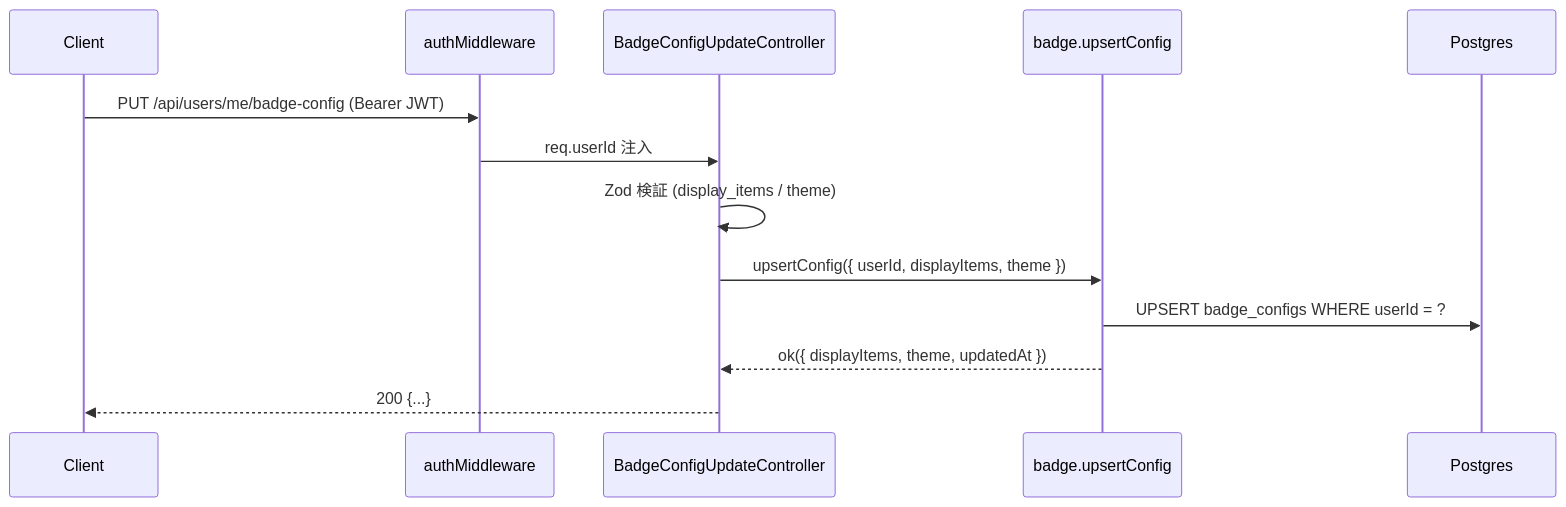
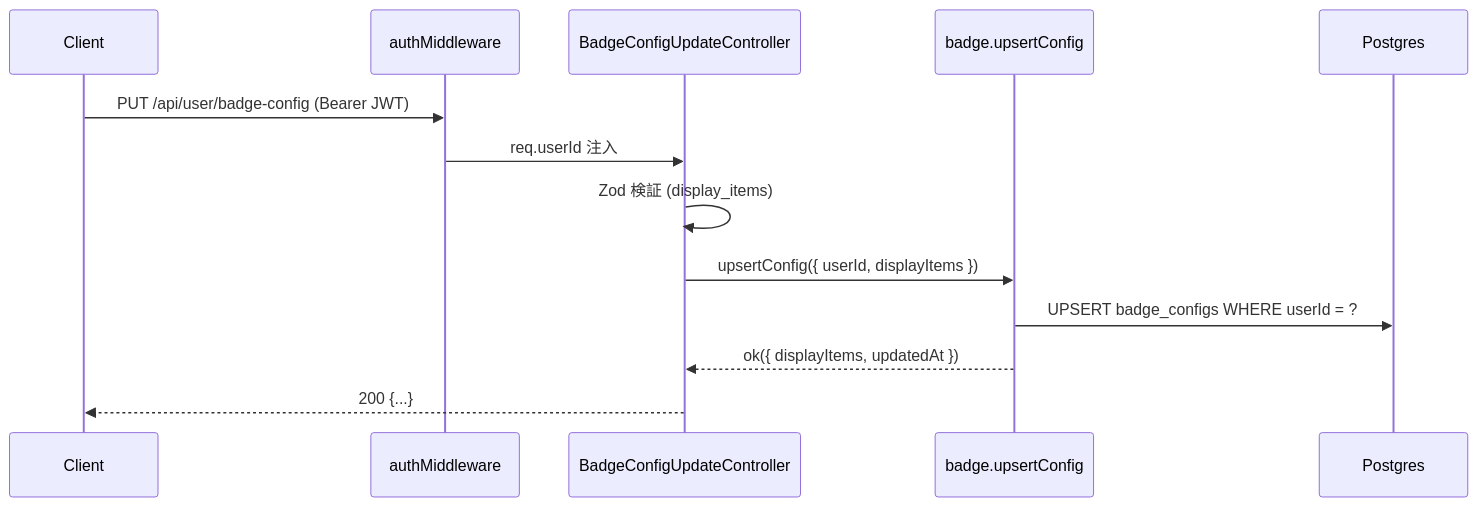
The second of 2 diagrams in docs/spec/rewards/step2-api-badge-svg.md (kentakki416/typing-royale), drawn with Mermaid before and after one commit. The commit also changed other lines of this file and 51 other files, not shown here.

````diff
--- a/docs/spec/rewards/step2-api-badge-svg.md
+++ b/docs/spec/rewards/step2-api-badge-svg.md
@@ -168,16 +164,16 @@
 ```mermaid
 sequenceDiagram
     participant C as Client
     participant Mw as authMiddleware
     participant Ctrl as BadgeConfigUpdateController
     participant Svc as badge.upsertConfig
     participant DB as Postgres
 
-    C->>Mw: PUT /api/users/me/badge-config (Bearer JWT)
+    C->>Mw: PUT /api/user/badge-config (Bearer JWT)
     Mw->>Ctrl: req.userId 注入
-    Ctrl->>Ctrl: Zod 検証 (display_items / theme)
-    Ctrl->>Svc: upsertConfig({ userId, displayItems, theme })
+    Ctrl->>Ctrl: Zod 検証 (display_items)
+    Ctrl->>Svc: upsertConfig({ userId, displayItems })
     Svc->>DB: UPSERT badge_configs WHERE userId = ?
-    Svc-->>Ctrl: ok({ displayItems, theme, updatedAt })
+    Svc-->>Ctrl: ok({ displayItems, updatedAt })
     Ctrl-->>C: 200 {...}
 ```
````
